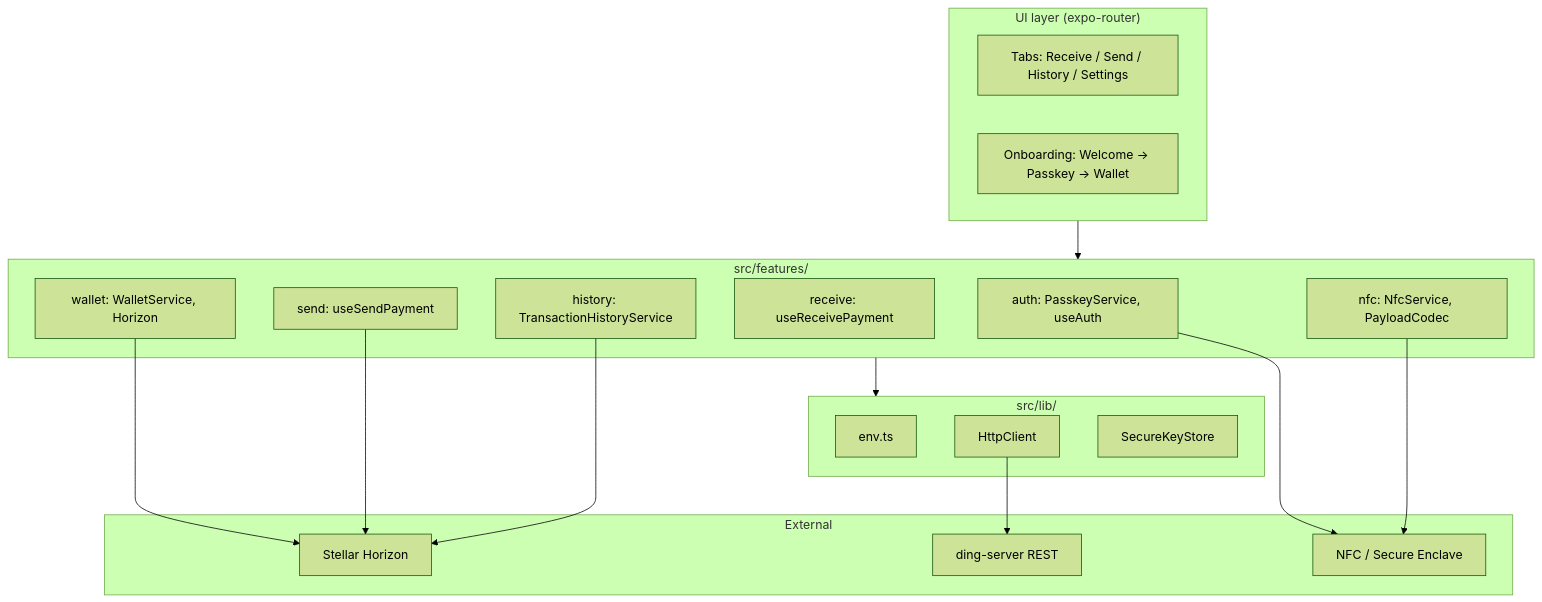
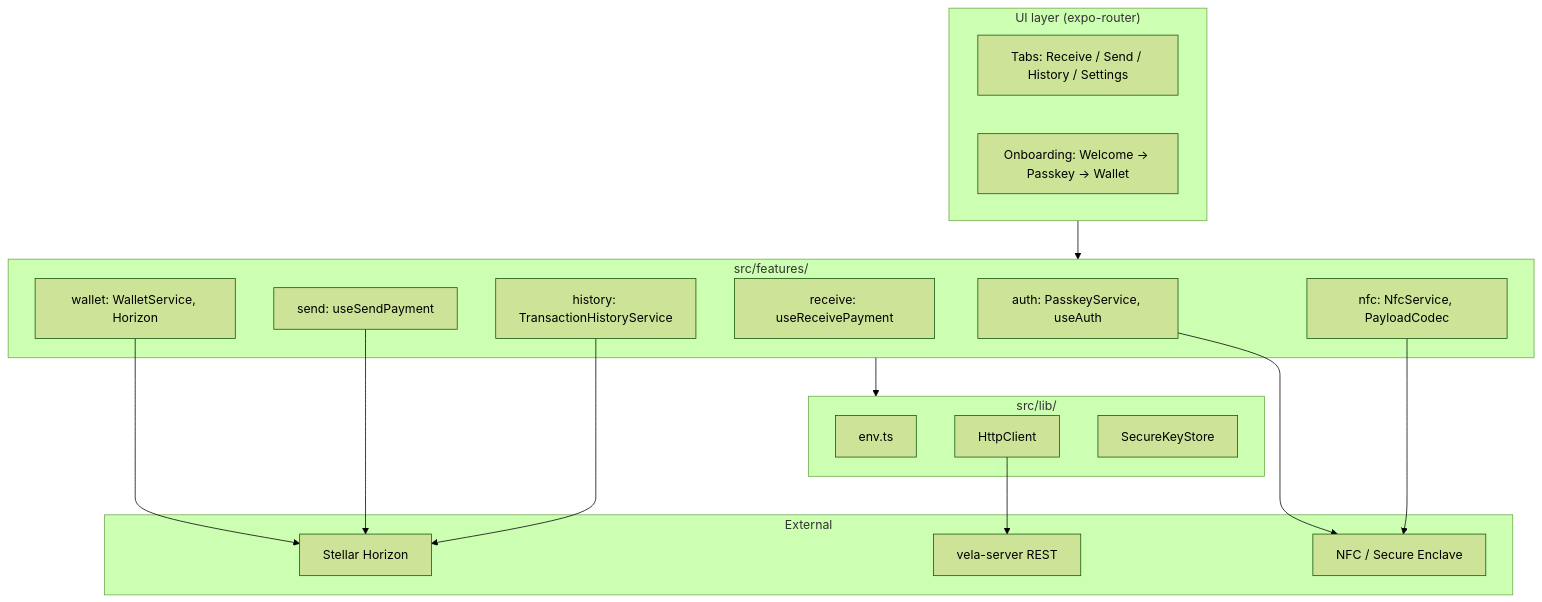
The second of 3 diagrams in docs/build-plan-client-mvp.md (Nudge-Pay/nudge-app), drawn with Mermaid (forest theme) before and after one commit. The commit also changed other lines of this file and 7 other files, not shown here.

````diff
--- a/docs/build-plan-client-mvp.md
+++ b/docs/build-plan-client-mvp.md
@@ -120,33 +120,33 @@
 ```mermaid
 flowchart TB
   subgraph UI["UI layer (expo-router)"]
     TABS[Tabs: Receive / Send / History / Settings]
     ONB[Onboarding: Welcome → Passkey → Wallet]
   end
   subgraph Features["src/features/"]
   AUTH[auth: PasskeyService, useAuth]
   WALLET[wallet: WalletService, Horizon]
   NFC[nfc: NfcService, PayloadCodec]
   RECV[receive: useReceivePayment]
   SEND[send: useSendPayment]
   HIST[history: TransactionHistoryService]
   end
   subgraph Lib["src/lib/"]
   ENV[env.ts]
   HTTP[HttpClient]
   SEC[SecureKeyStore]
   end
   subgraph External["External"]
   HORIZON[Stellar Horizon]
-  SERVER[ding-server REST]
+  SERVER[vela-server REST]
   NATIVE[NFC / Secure Enclave]
   end
   UI --> Features
   Features --> Lib
   WALLET --> HORIZON
   SEND --> HORIZON
   HIST --> HORIZON
   AUTH --> NATIVE
   NFC --> NATIVE
   HTTP --> SERVER
 ```
````
